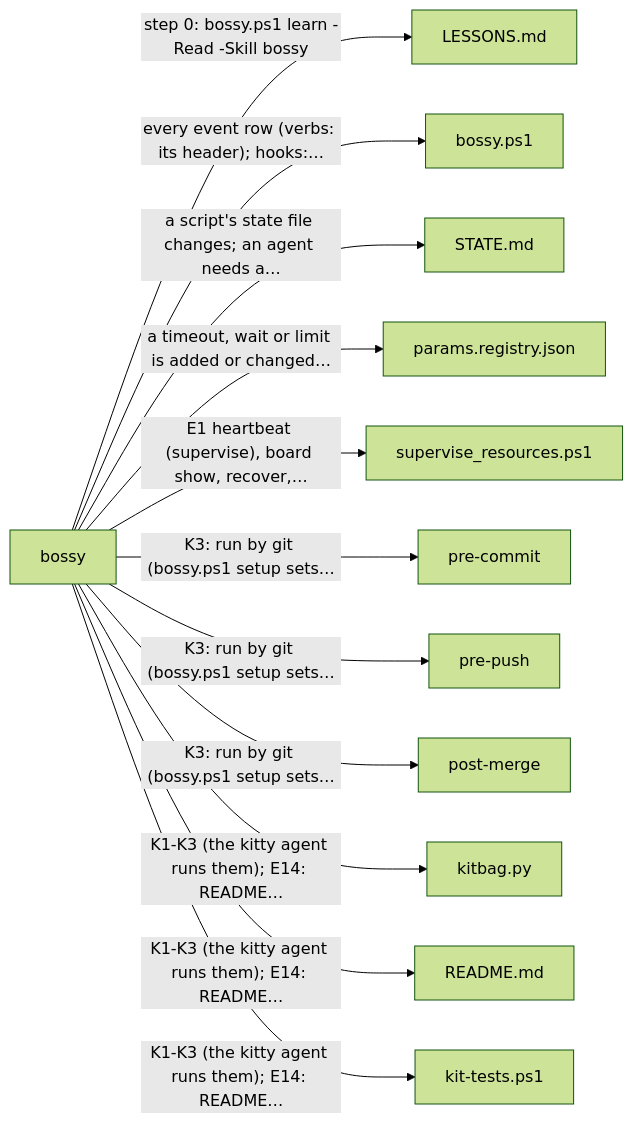
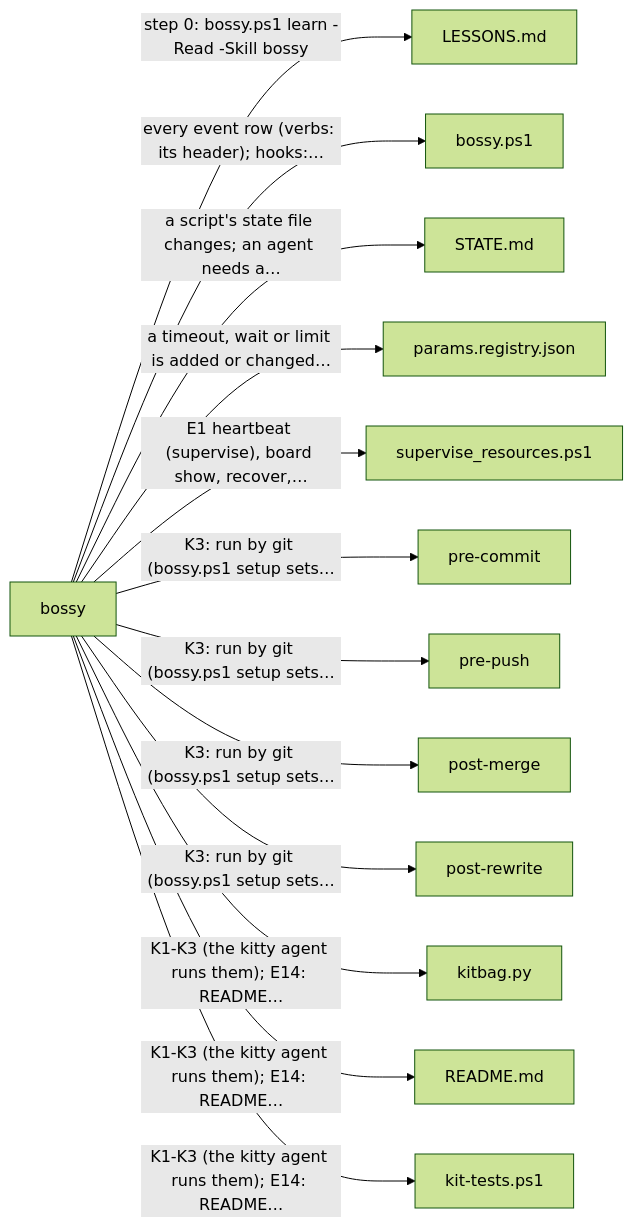
The third of 5 diagrams in README.md (prskid1000/claude-crew), drawn with Mermaid (forest theme) before and after one commit. The commit also changed other lines of this file and 12 other files, not shown here.

````diff
--- a/README.md
+++ b/README.md
@@ -352,15 +353,16 @@
 ```mermaid
 flowchart LR
   skills_bossy_SKILL_md["bossy"]
   skills_bossy_SKILL_md -->|"step 0: bossy.ps1 learn -Read -Skill bossy"| LESSONS_md["LESSONS.md"]
   skills_bossy_SKILL_md -->|"every event row (verbs: its header); hooks:…"| skills_bossy_bossy_ps1["bossy.ps1"]
   skills_bossy_SKILL_md -->|"a script's state file changes; an agent needs a…"| skills_bossy_STATE_md["STATE.md"]
   skills_bossy_SKILL_md -->|"a timeout, wait or limit is added or changed…"| skills_bossy_params_registry_json["params.registry.json"]
   skills_bossy_SKILL_md -->|"E1 heartbeat (supervise), board show, recover,…"| skills_bossy_adapters_supervise_resources_ps1["supervise_resources.ps1"]
   skills_bossy_SKILL_md -->|"K3: run by git (bossy.ps1 setup sets…"| _githooks_pre_commit["pre-commit"]
   skills_bossy_SKILL_md -->|"K3: run by git (bossy.ps1 setup sets…"| _githooks_pre_push["pre-push"]
   skills_bossy_SKILL_md -->|"K3: run by git (bossy.ps1 setup sets…"| _githooks_post_merge["post-merge"]
+  skills_bossy_SKILL_md -->|"K3: run by git (bossy.ps1 setup sets…"| _githooks_post_rewrite["post-rewrite"]
   skills_bossy_SKILL_md -->|"K1-K3 (the kitty agent runs them); E14: README…"| skills_bossy_kitbag_py["kitbag.py"]
   skills_bossy_SKILL_md -->|"K1-K3 (the kitty agent runs them); E14: README…"| README_md["README.md"]
   skills_bossy_SKILL_md -->|"K1-K3 (the kitty agent runs them); E14: README…"| tests_kit_tests_ps1["kit-tests.ps1"]
 ```
````
